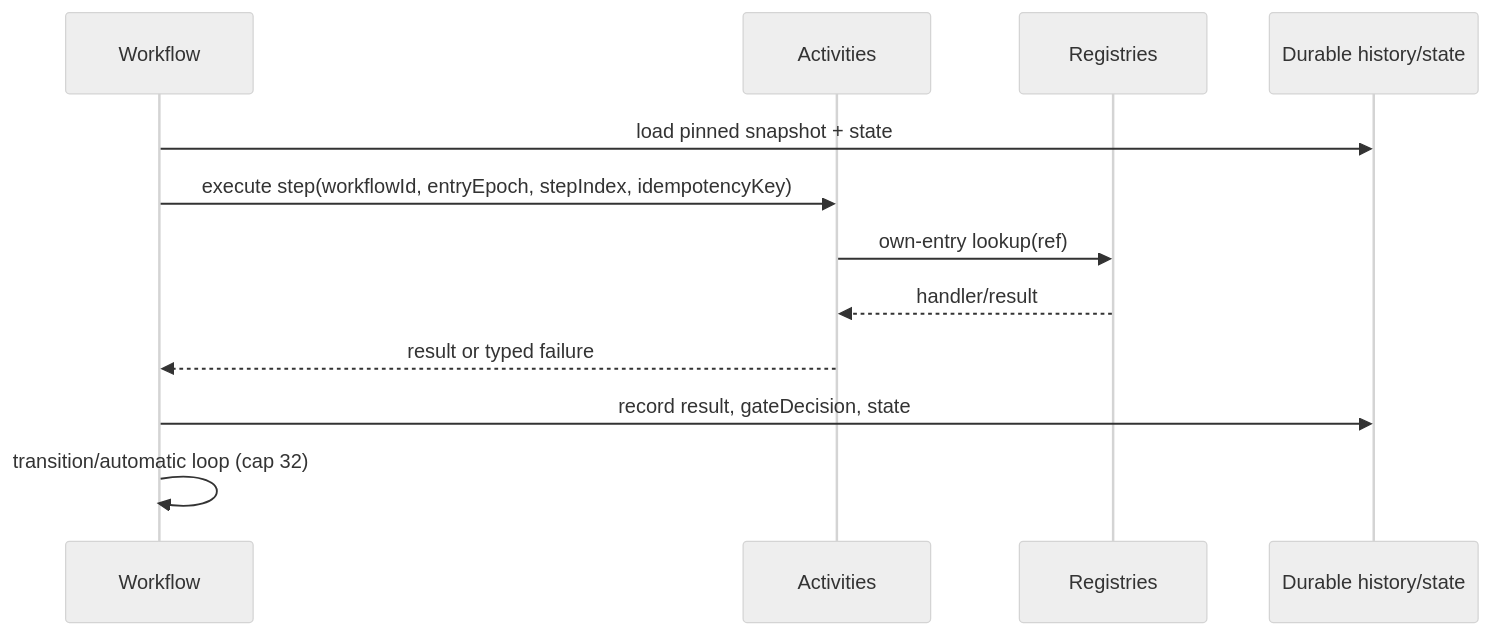
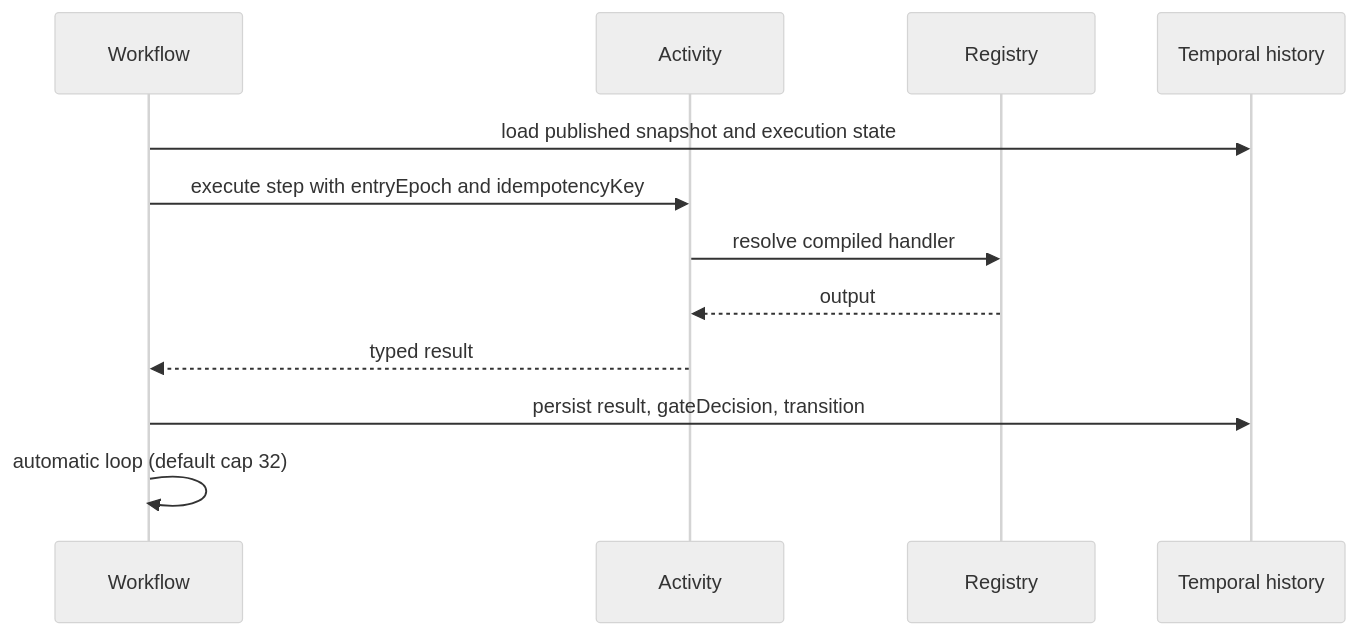
One commit to teopeurt/flowkit changed the fourth of 10 diagrams in docs/definitions-deep-dive.md. Above: the diagram before and after it, drawn with Mermaid (neutral theme). The commit also changed other lines of this file and 1 other file, not shown here.

````diff
--- a/docs/definitions-deep-dive.md
+++ b/docs/definitions-deep-dive.md
@@ -98,14 +86,14 @@
 ```mermaid
 sequenceDiagram
-  participant WF as Workflow
-  participant ACT as Activities
-  participant REG as Registries
-  participant DB as Durable history/state
-  WF->>DB: load pinned snapshot + state
-  WF->>ACT: execute step(workflowId, entryEpoch, stepIndex, idempotencyKey)
-  ACT->>REG: own-entry lookup(ref)
-  REG-->>ACT: handler/result
-  ACT-->>WF: result or typed failure
-  WF->>DB: record result, gateDecision, state
-  WF->>WF: transition/automatic loop (cap 32)
+ participant WF as Workflow
+ participant ACT as Activity
+ participant REG as Registry
+ participant HIST as Temporal history
+ WF->>HIST: load published snapshot and execution state
+ WF->>ACT: execute step with entryEpoch and idempotencyKey
+ ACT->>REG: resolve compiled handler
+ REG-->>ACT: output
+ ACT-->>WF: typed result
+ WF->>HIST: persist result, gateDecision, transition
+ WF->>WF: automatic loop (default cap 32)
 ```
````
